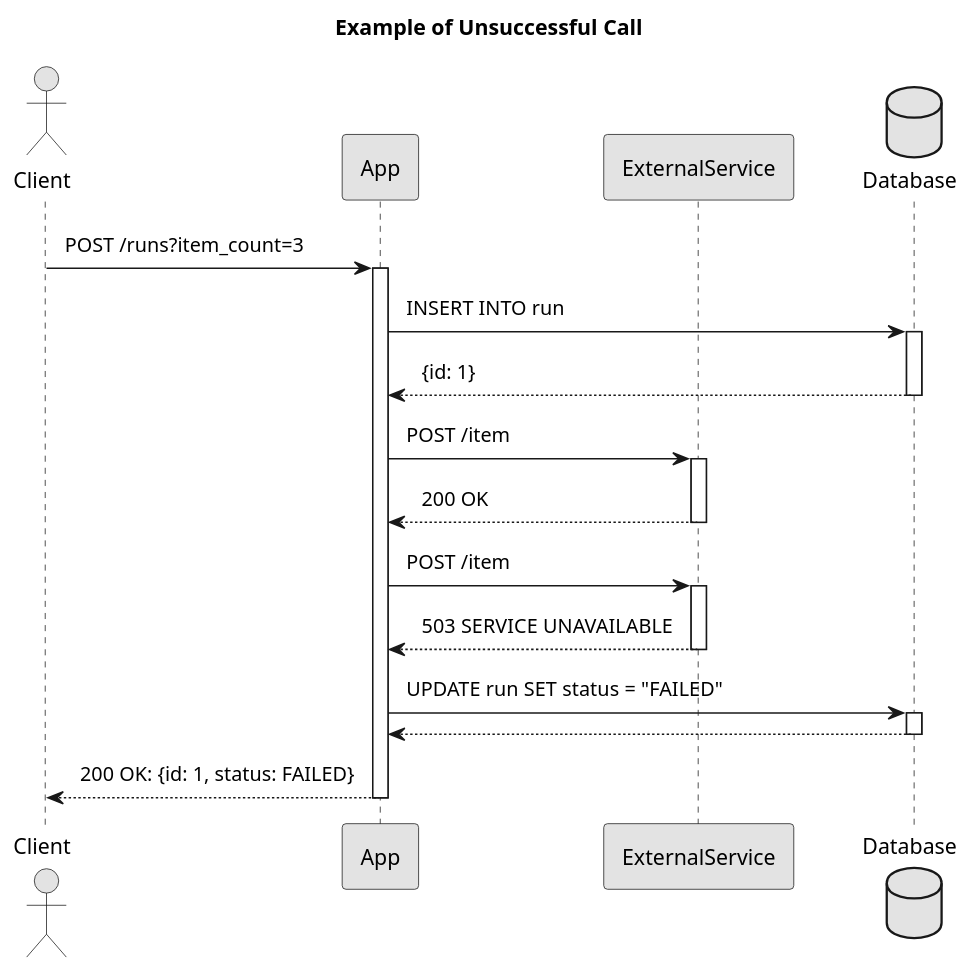
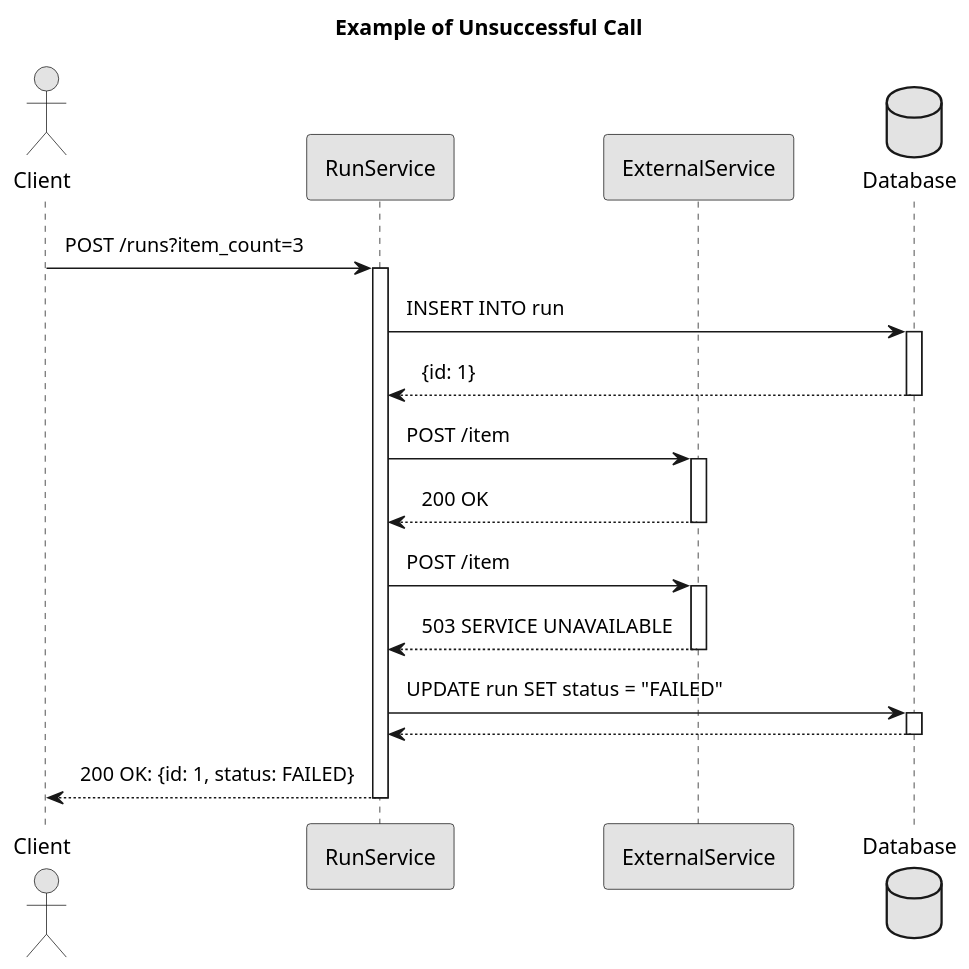
The diagram in docs/unsuccessful_call.puml (fboeller/component-testing-example-java), drawn with PlantUML before and after one commit. The commit also changed 2 other files, not shown here.

Commit message:
Rename App to RunService

```diff
--- a/docs/unsuccessful_call.puml
+++ b/docs/unsuccessful_call.puml
@@ -1,29 +1,29 @@
 @startuml
 
 scale 800 width
 skinparam {
   padding 5
   monochrome true
   ParticipantPadding 30
 }
 autoactivate on
 
 title Example of Unsuccessful Call
 
 actor Client
-participant App
+participant RunService
 participant ExternalService
 database Database
 
-Client -> App: POST /runs?item_count=3
-App -> Database: INSERT INTO run
+Client -> RunService: POST /runs?item_count=3
+RunService -> Database: INSERT INTO run
 return {id: 1}
-App -> ExternalService: POST /item
+RunService -> ExternalService: POST /item
 return 200 OK
-App -> ExternalService: POST /item
+RunService -> ExternalService: POST /item
 return 503 SERVICE UNAVAILABLE
-App -> Database: UPDATE run SET status = "FAILED"
+RunService -> Database: UPDATE run SET status = "FAILED"
 return
 return 200 OK: {id: 1, status: FAILED}
 
 @enduml
```
